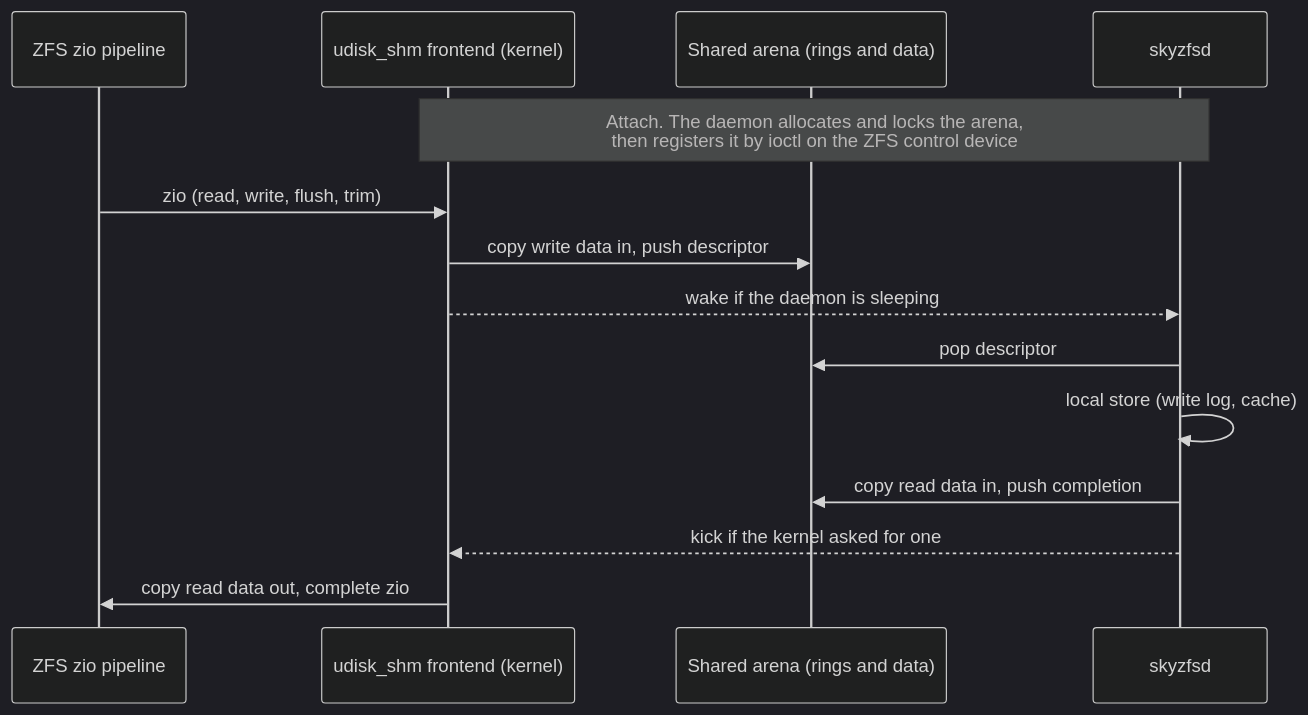
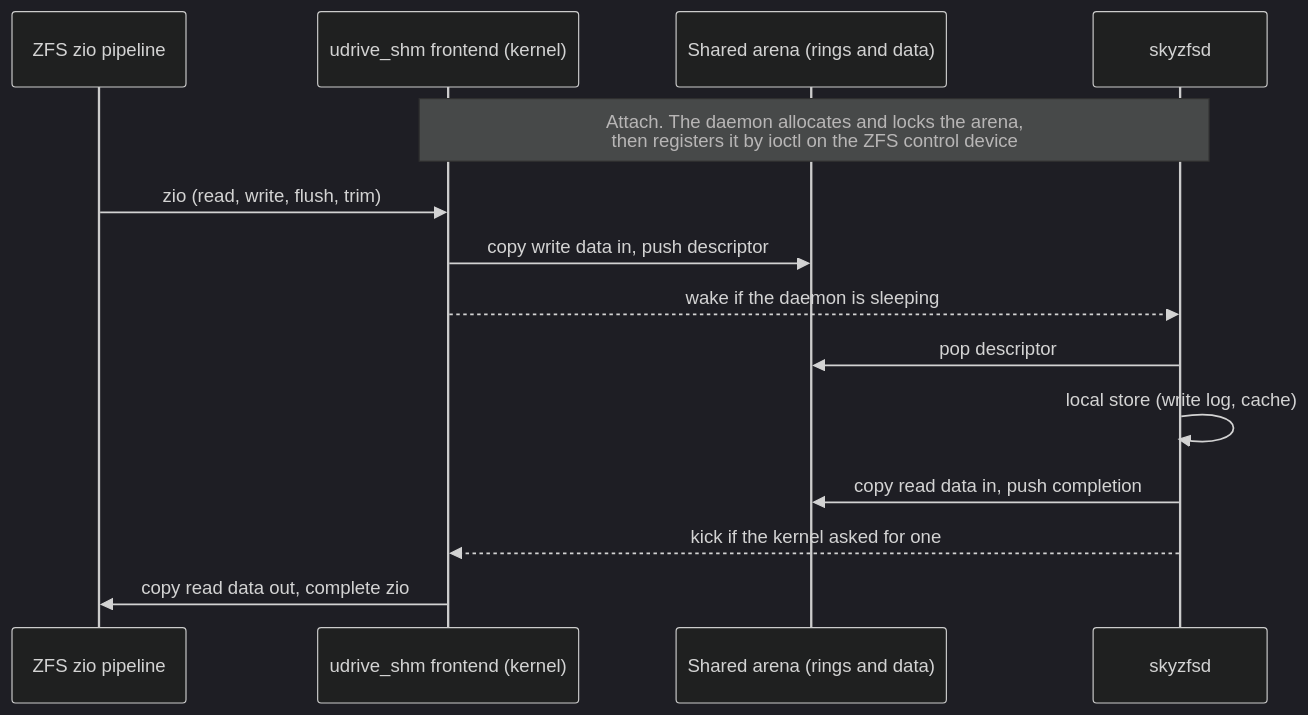
One commit to skyzfs/skyzfs changed the second of 5 diagrams in docs/skyzfs-design.md. Above: the diagram before and after it, drawn with Mermaid (dark theme). The commit also changed other lines of this file, not shown here.

First line of the commit message:
design: the shared-memory frontend is called udrive_shm

````diff
--- a/docs/skyzfs-design.md
+++ b/docs/skyzfs-design.md
@@ -191,17 +191,17 @@
 ```mermaid
 sequenceDiagram
     participant Z as ZFS zio pipeline
-    participant F as udisk_shm frontend (kernel)
+    participant F as udrive_shm frontend (kernel)
     participant R as Shared arena (rings and data)
     participant D as skyzfsd
 
     Note over D,F: Attach. The daemon allocates and locks the arena,<br/>then registers it by ioctl on the ZFS control device
     Z->>F: zio (read, write, flush, trim)
     F->>R: copy write data in, push descriptor
     F-->>D: wake if the daemon is sleeping
     D->>R: pop descriptor
     D->>D: local store (write log, cache)
     D->>R: copy read data in, push completion
     D-->>F: kick if the kernel asked for one
     F->>Z: copy read data out, complete zio
 ```
````
